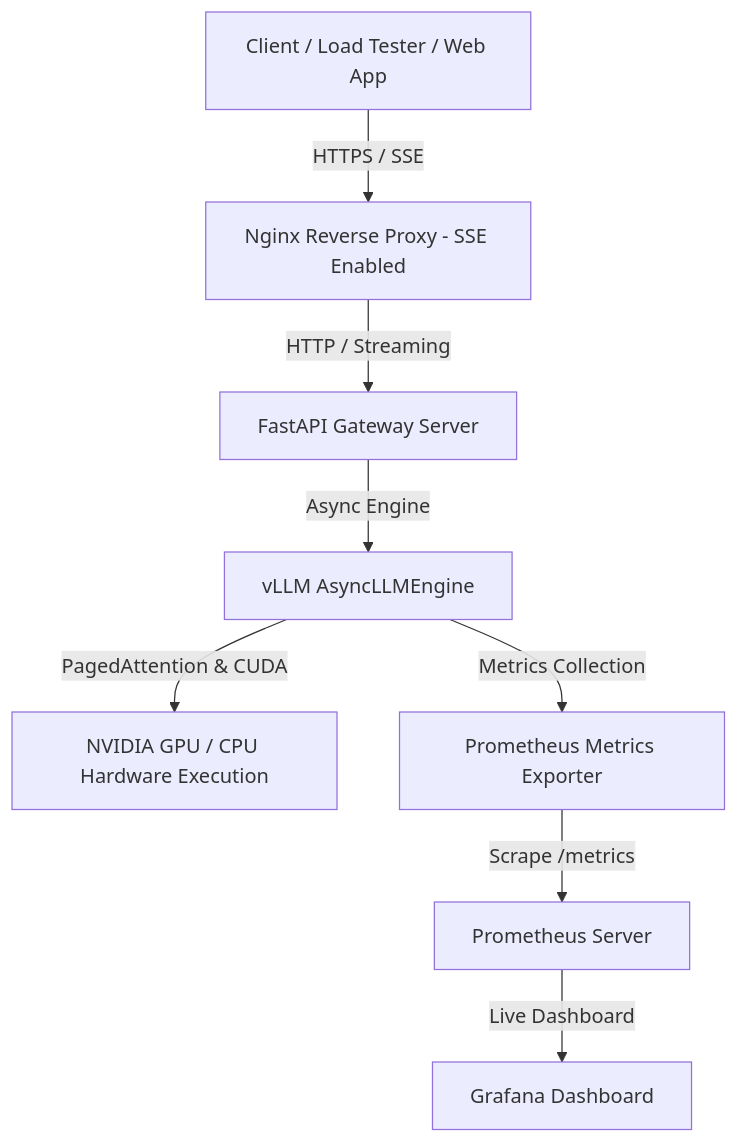
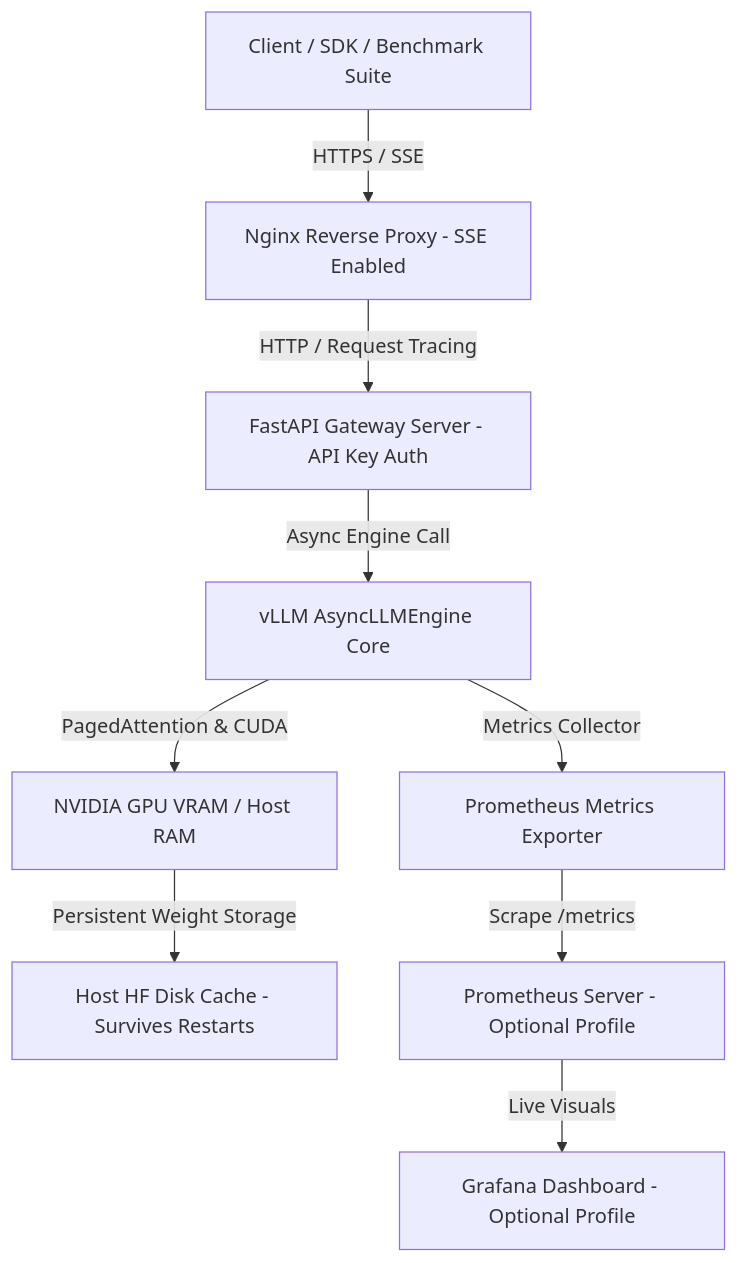
The diagram in README.md (Prathamesh-Udoshi/vllm-gpu-server), drawn with Mermaid before and after one commit. The commit also changed other lines of this file and 15 other files, not shown here.

Commit message:
refactor: MLOps production readiness, API key auth, Docker profiles & GCP cost optimization

````diff
--- a/README.md
+++ b/README.md
@@ -11,10 +11,11 @@
 ```mermaid
 graph TD
-    Client[Client / Load Tester / Web App] -->|HTTPS / SSE| Nginx[Nginx Reverse Proxy - SSE Enabled]
-    Nginx -->|HTTP / Streaming| FastAPI[FastAPI Gateway Server]
-    FastAPI -->|Async Engine| vLLMEngine[vLLM AsyncLLMEngine]
-    vLLMEngine -->|PagedAttention & CUDA| Hardware[NVIDIA GPU / CPU Hardware Execution]
-    vLLMEngine -->|Metrics Collection| PrometheusExporter[Prometheus Metrics Exporter]
-    PrometheusExporter -->|Scrape /metrics| Prometheus[Prometheus Server]
-    Prometheus -->|Live Dashboard| Grafana[Grafana Dashboard]
+    Client[Client / SDK / Benchmark Suite] -->|HTTPS / SSE| Nginx[Nginx Reverse Proxy - SSE Enabled]
+    Nginx -->|HTTP / Request Tracing| FastAPI[FastAPI Gateway Server - API Key Auth]
+    FastAPI -->|Async Engine Call| vLLMEngine[vLLM AsyncLLMEngine Core]
+    vLLMEngine -->|PagedAttention & CUDA| Hardware[NVIDIA GPU VRAM / Host RAM]
+    Hardware -->|Persistent Weight Storage| ModelCache[Host HF Disk Cache - Survives Restarts]
+    vLLMEngine -->|Metrics Collector| PrometheusExporter[Prometheus Metrics Exporter]
+    PrometheusExporter -->|Scrape /metrics| Prometheus[Prometheus Server - Optional Profile]
+    Prometheus -->|Live Visuals| Grafana[Grafana Dashboard - Optional Profile]
 ```
````
